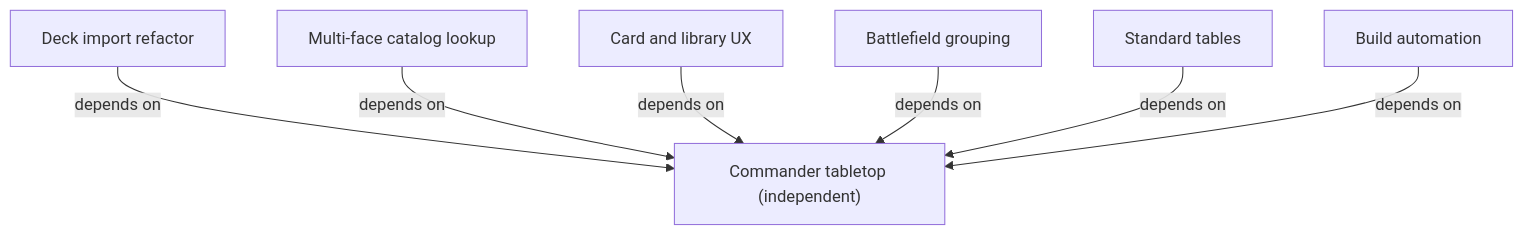
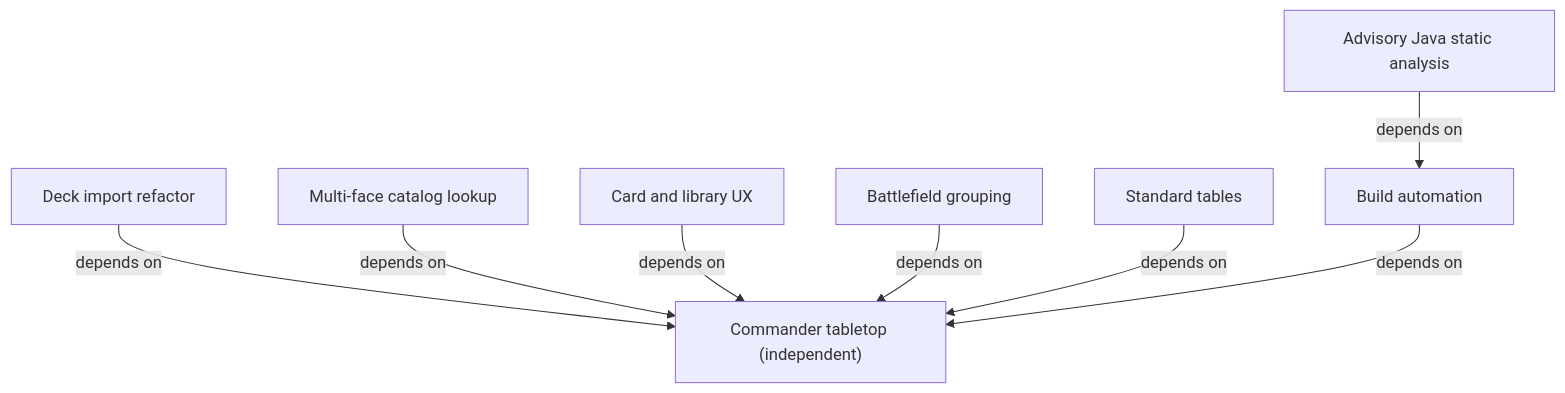
Before and after one commit to gossagomez-new/mtgcmd: the diagram in spec/INDEX.md, drawn with Mermaid. The commit also changed other lines of this file and 9 other files, not shown here.

Commit message:
build(backend): add advisory pmd reports

````diff
--- a/spec/INDEX.md
+++ b/spec/INDEX.md
@@ -17,16 +18,18 @@
 ```mermaid
 flowchart TD
     tabletop["Commander tabletop (independent)"]
     build["Build automation"]
+    analysis["Advisory Java static analysis"]
+    analysis -->|depends on| build
     imports["Deck import refactor"]
     imports -->|depends on| tabletop
     catalog["Multi-face catalog lookup"]
     catalog -->|depends on| tabletop
     ux["Card and library UX"]
     ux -->|depends on| tabletop
     grouping["Battlefield grouping"]
     grouping -->|depends on| tabletop
     standard["Standard tables"]
     standard -->|depends on| tabletop
     build -->|depends on| tabletop
 ```
````
